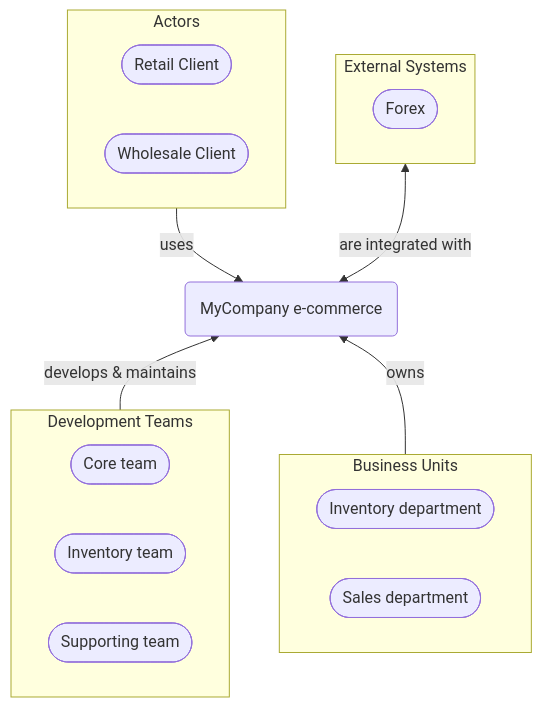
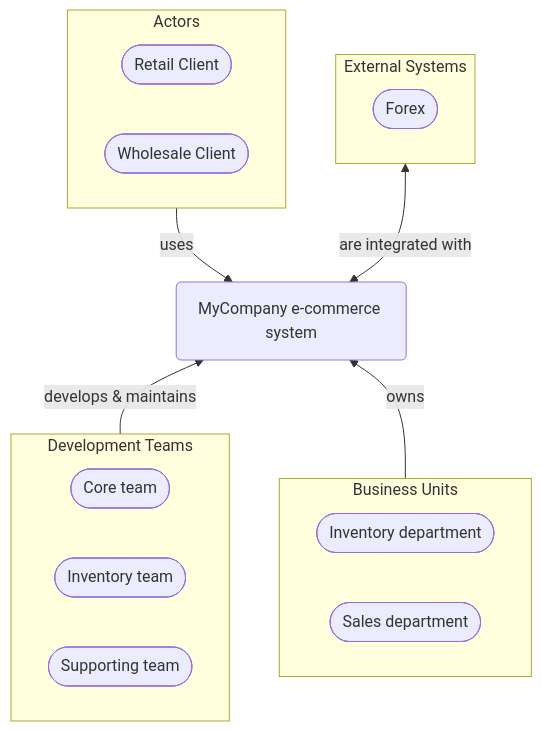
Before and after one commit to itlibrium/DDD-starter-dotnet: the diagram in Docs/P3/MermaidOutput/README.md, drawn with Mermaid. The commit also changed 6 other files, not shown here.

````diff
--- a/Docs/P3/MermaidOutput/README.md
+++ b/Docs/P3/MermaidOutput/README.md
@@ -11,32 +11,32 @@
 ```mermaid
   flowchart TB
-    0(MyCompany e-commerce)
+    0(MyCompany e-commerce system)
     subgraph 1["Actors"]
       2([Retail Client])
       3([Wholesale Client])
     end
     1-->|uses|0
     subgraph 4["External Systems"]
       5([Forex])
     end
     4<-->|are integrated with|0
     subgraph 6["Development Teams"]
       7([Core team])
       8([Inventory team])
       9([Supporting team])
     end
     0---6
     6-->|develops & maintains|0
     6---0
     subgraph 10["Business Units"]
       11([Inventory department])
       12([Sales department])
     end
     0---10
     10-->|owns|0
     10---0
     linkStyle 2,4,5,7 stroke:none
     classDef DomainPerspective stroke:#009900
     classDef TechnologyPerspective stroke:#1F41EB
     classDef PeoplePerspective stroke:#FFF014
 ```
````
